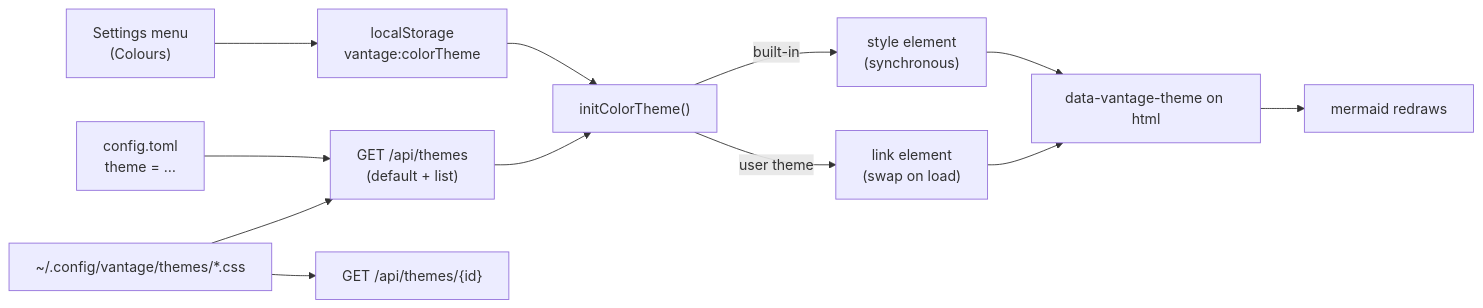
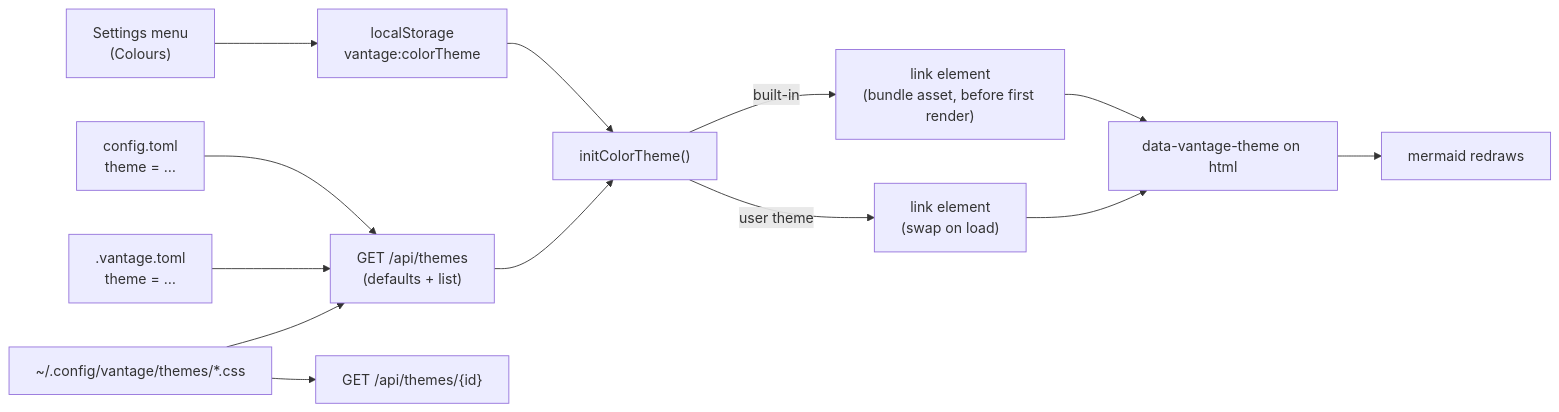
Before and after one commit to mschulkind-oss/vantage: the diagram in docs/design/color-themes.md, drawn with Mermaid. The commit also changed other lines of this file and 5 other files, not shown here.

````diff
--- a/docs/design/color-themes.md
+++ b/docs/design/color-themes.md
@@ -86,14 +90,15 @@
 ```mermaid
 flowchart LR
   pick["Settings menu<br/>(Colours)"] --> ls["localStorage<br/>vantage:colorTheme"]
-  cfg["config.toml<br/>theme = …"] --> api["GET /api/themes<br/>(default + list)"]
+  cfg["config.toml<br/>theme = …"] --> api["GET /api/themes<br/>(defaults + list)"]
+  repo[".vantage.toml<br/>theme = …"] --> api
   dir["~/.config/vantage/themes/*.css"] --> api
   dir --> css["GET /api/themes/{id}"]
   ls --> init["initColorTheme()"]
   api --> init
-  init -->|"built-in"| styleEl["style element<br/>(synchronous)"]
+  init -->|"built-in"| bundled["link element<br/>(bundle asset, before first render)"]
   init -->|"user theme"| linkEl["link element<br/>(swap on load)"]
-  styleEl --> attr["data-vantage-theme on html"]
+  bundled --> attr["data-vantage-theme on html"]
   linkEl --> attr
   attr --> mm["mermaid redraws"]
 ```
````
